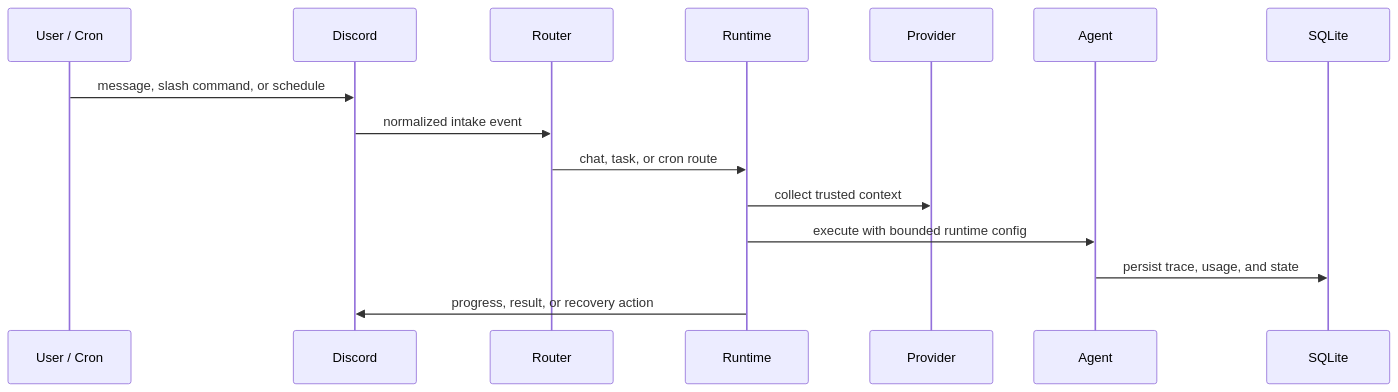
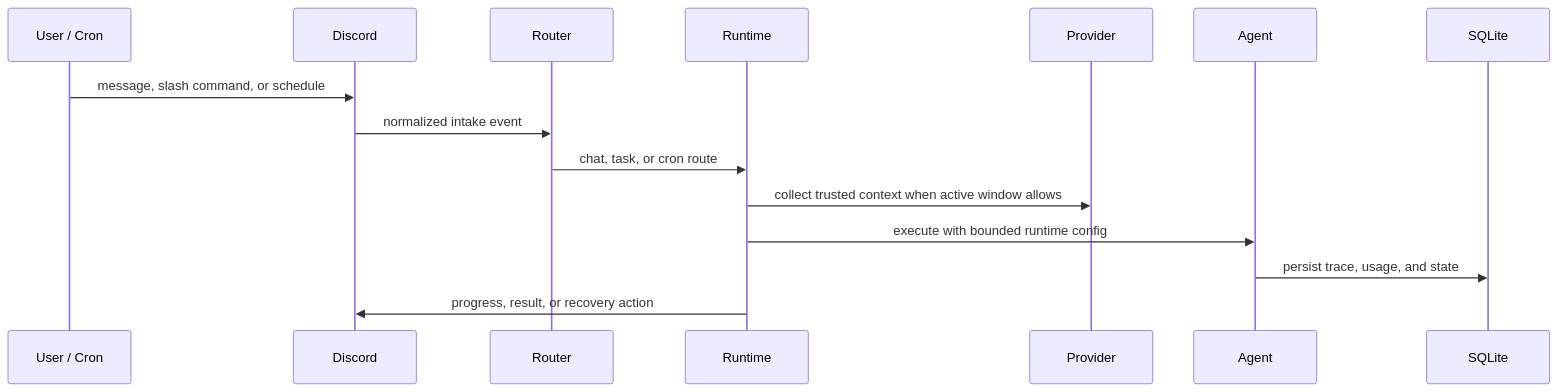
One commit to yuanyunfan/miniclaw changed the second of 2 diagrams in website/en/index.md. Above: the diagram before and after it, drawn with Mermaid. The commit also changed other lines of this file and 19 other files, not shown here.

Commit message:
feat: add cron active window guard

````diff
--- a/website/en/index.md
+++ b/website/en/index.md
@@ -50,18 +51,18 @@
 ```mermaid
 sequenceDiagram
   participant U as User / Cron
   participant D as Discord
   participant R as Router
   participant T as Runtime
   participant P as Provider
   participant A as Agent
   participant S as SQLite
 
   U->>D: message, slash command, or schedule
   D->>R: normalized intake event
   R->>T: chat, task, or cron route
-  T->>P: collect trusted context
+  T->>P: collect trusted context when active window allows
   T->>A: execute with bounded runtime config
   A->>S: persist trace, usage, and state
   T->>D: progress, result, or recovery action
 ```
````
